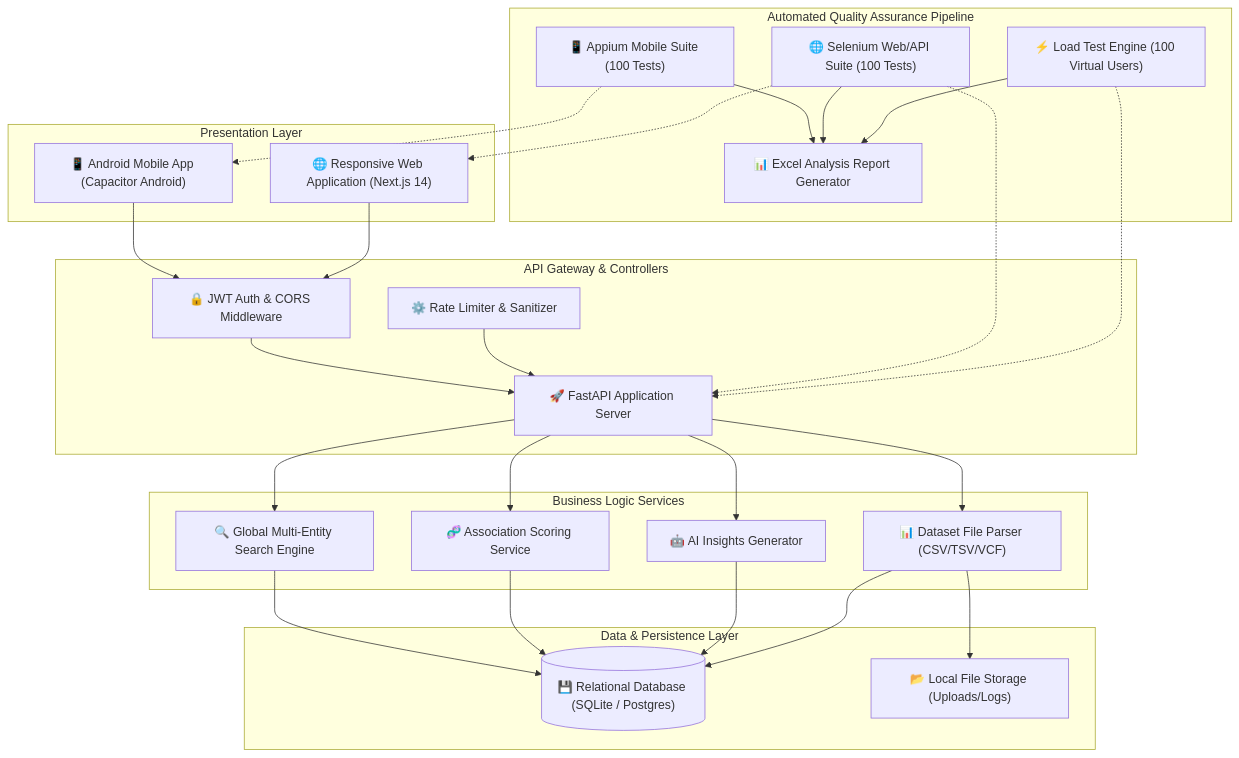
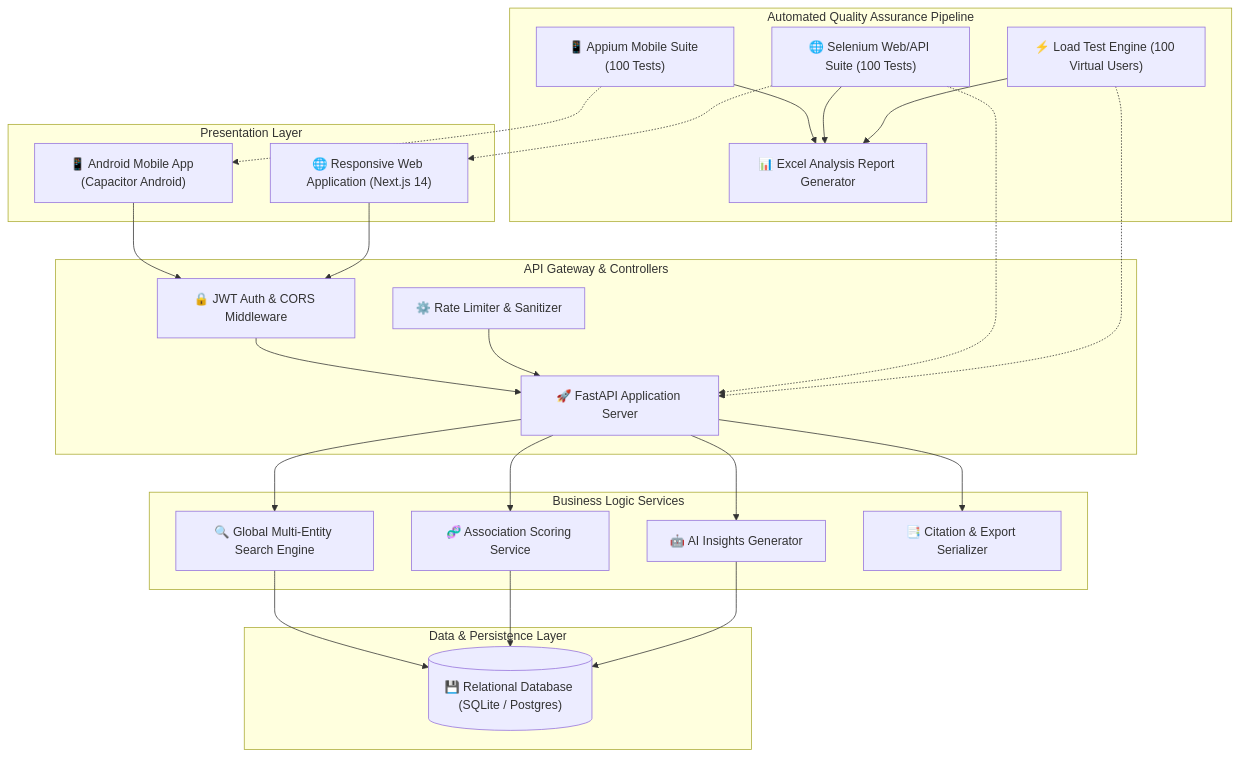
One commit to Rosi87g/FinalDiseaseGene changed the first of 3 diagrams in README.md. Above: the diagram before and after it, drawn with Mermaid. The commit also changed other lines of this file and 19 other files, not shown here.

Commit message:
Remove dataset upload, my-uploads, and download APK modules, remove backend upload APIs, and update README

````diff
--- a/README.md
+++ b/README.md
@@ -83,56 +82,53 @@
 ```mermaid
 flowchart TD
     subgraph Clients["Presentation Layer"]
         A["📱 Android Mobile App (Capacitor Android)"]
         B["🌐 Responsive Web Application (Next.js 14)"]
     end
 
     subgraph API_Gateway["API Gateway & Controllers"]
         C["🚀 FastAPI Application Server"]
         D["🔒 JWT Auth & CORS Middleware"]
         E["⚙️ Rate Limiter & Sanitizer"]
     end
 
     subgraph Business_Logic["Business Logic Services"]
         F["🔍 Global Multi-Entity Search Engine"]
         G["🧬 Association Scoring Service"]
         H["🤖 AI Insights Generator"]
-        I["📊 Dataset File Parser (CSV/TSV/VCF)"]
+        I["📑 Citation & Export Serializer"]
     end
 
     subgraph Data_Layer["Data & Persistence Layer"]
         J[("💾 Relational Database (SQLite / Postgres)")]
-        K["📂 Local File Storage (Uploads/Logs)"]
     end
 
     subgraph QA_Testing["Automated Quality Assurance Pipeline"]
-        L["📱 Appium Mobile Suite (100 Tests)"]
-        M["🌐 Selenium Web/API Suite (100 Tests)"]
-        N["⚡ Load Test Engine (100 Virtual Users)"]
-        O["📊 Excel Analysis Report Generator"]
+        K["📱 Appium Mobile Suite (100 Tests)"]
+        L["🌐 Selenium Web/API Suite (100 Tests)"]
+        M["⚡ Load Test Engine (100 Virtual Users)"]
+        N["📊 Excel Analysis Report Generator"]
     end
 
     A --> D
     B --> D
     D --> C
     E --> C
     C --> F
     C --> G
     C --> H
     C --> I
 
     F --> J
     G --> J
     H --> J
-    I --> K
-    I --> J
 
-    L -.-> A
-    M -.-> B
+    K -.-> A
+    L -.-> B
+    L -.-> C
     M -.-> C
-    N -.-> C
 
-    L --> O
-    M --> O
-    N --> O
+    K --> N
+    L --> N
+    M --> N
 ```
````
